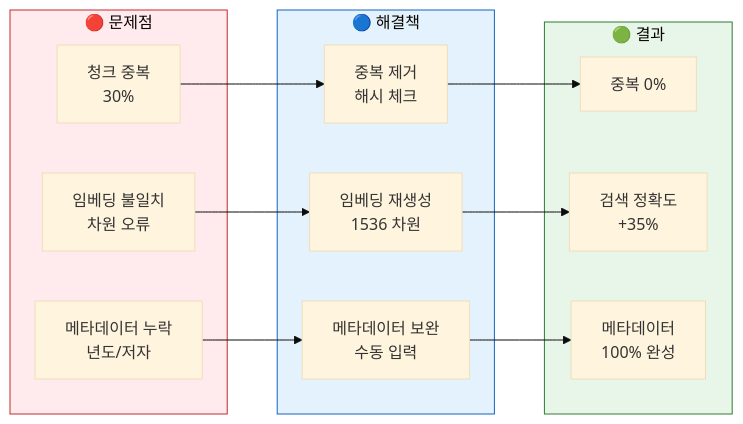
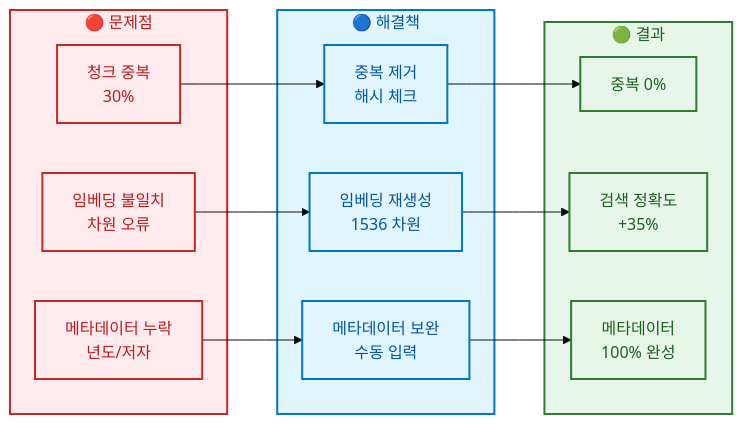
Before and after one commit to AIBootcamp14/langchainproject-new-langchainproject_5: the third of 6 diagrams in docs/PPT/05_이슈_및_인사이트.md, drawn with Mermaid (base theme). The commit also changed other lines of this file and 5 other files, not shown here.

First line of the commit message:
style(docs): PPT 문서에 mermaid 스타일 가이드 적용

````diff
--- a/docs/PPT/05_이슈_및_인사이트.md
+++ b/docs/PPT/05_이슈_및_인사이트.md
@@ -167,28 +182,40 @@
 ```mermaid
 graph LR
     subgraph Issues["🔴 문제점"]
         I1[청크 중복<br/>30%]
         I2[임베딩 불일치<br/>차원 오류]
         I3[메타데이터 누락<br/>년도/저자]
     end
 
     subgraph Solutions["🔵 해결책"]
         S1[중복 제거<br/>해시 체크]
         S2[임베딩 재생성<br/>1536 차원]
         S3[메타데이터 보완<br/>수동 입력]
     end
 
     subgraph Results["🟢 결과"]
         R1[중복 0%]
         R2[검색 정확도<br/>+35%]
         R3[메타데이터<br/>100% 완성]
     end
 
     I1 --> S1 --> R1
     I2 --> S2 --> R2
     I3 --> S3 --> R3
 
-    style Issues fill:#ffebee,stroke:#c62828
-    style Solutions fill:#e3f2fd,stroke:#1565c0
-    style Results fill:#e8f5e9,stroke:#2e7d32
+    style Issues fill:#ffebee,stroke:#c62828,stroke-width:2px,color:#b71c1c
+    style Solutions fill:#e1f5ff,stroke:#0277bd,stroke-width:2px,color:#01579b
+    style Results fill:#e8f5e9,stroke:#2e7d32,stroke-width:2px,color:#1b5e20
+
+    style I1 fill:#ffebee,stroke:#c62828,stroke-width:2px,color:#b71c1c
+    style I2 fill:#ffebee,stroke:#c62828,stroke-width:2px,color:#b71c1c
+    style I3 fill:#ffebee,stroke:#c62828,stroke-width:2px,color:#b71c1c
+
+    style S1 fill:#e1f5ff,stroke:#0277bd,stroke-width:2px,color:#01579b
+    style S2 fill:#e1f5ff,stroke:#0277bd,stroke-width:2px,color:#01579b
+    style S3 fill:#e1f5ff,stroke:#0277bd,stroke-width:2px,color:#01579b
+
+    style R1 fill:#e8f5e9,stroke:#2e7d32,stroke-width:2px,color:#1b5e20
+    style R2 fill:#e8f5e9,stroke:#2e7d32,stroke-width:2px,color:#1b5e20
+    style R3 fill:#e8f5e9,stroke:#2e7d32,stroke-width:2px,color:#1b5e20
 ```
````
